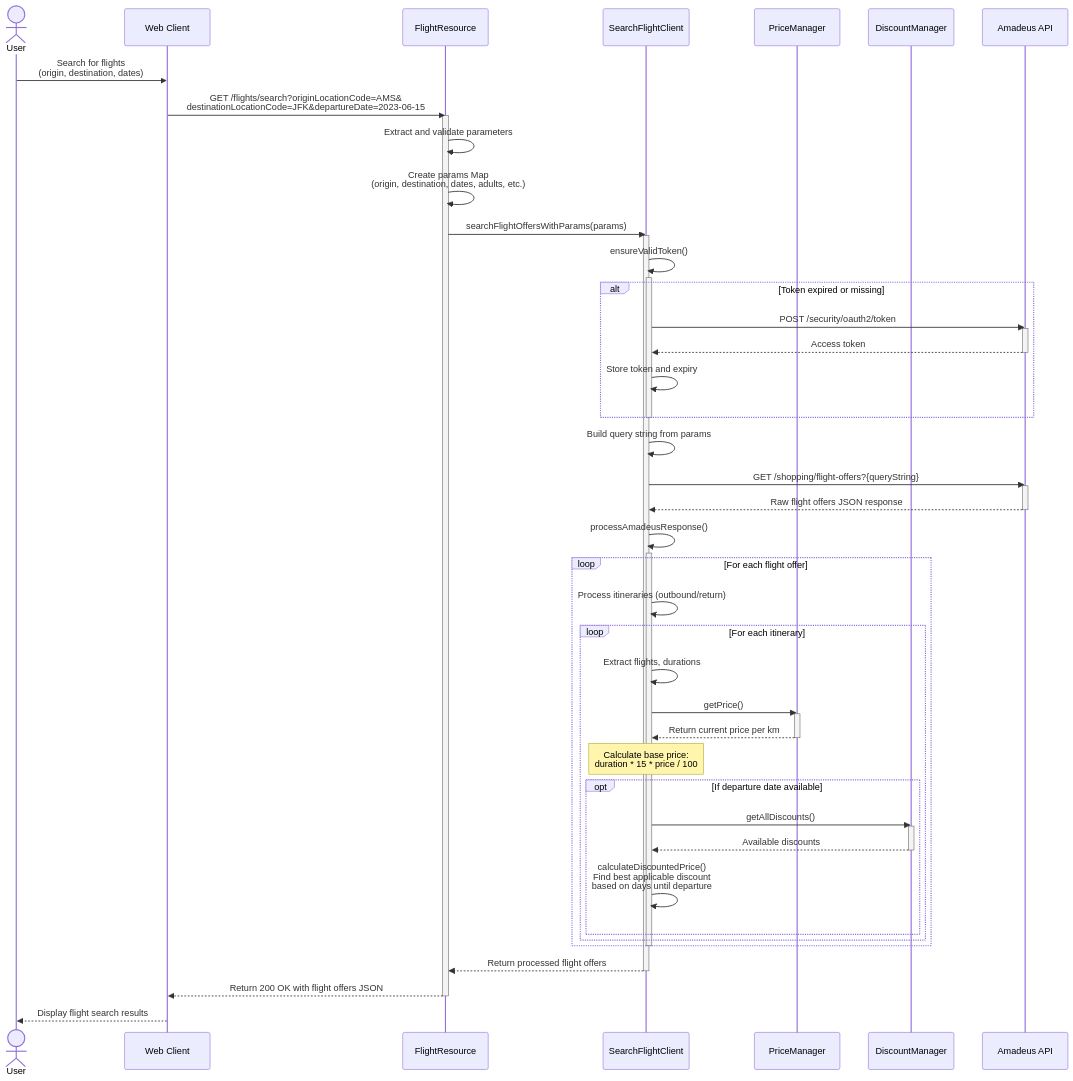
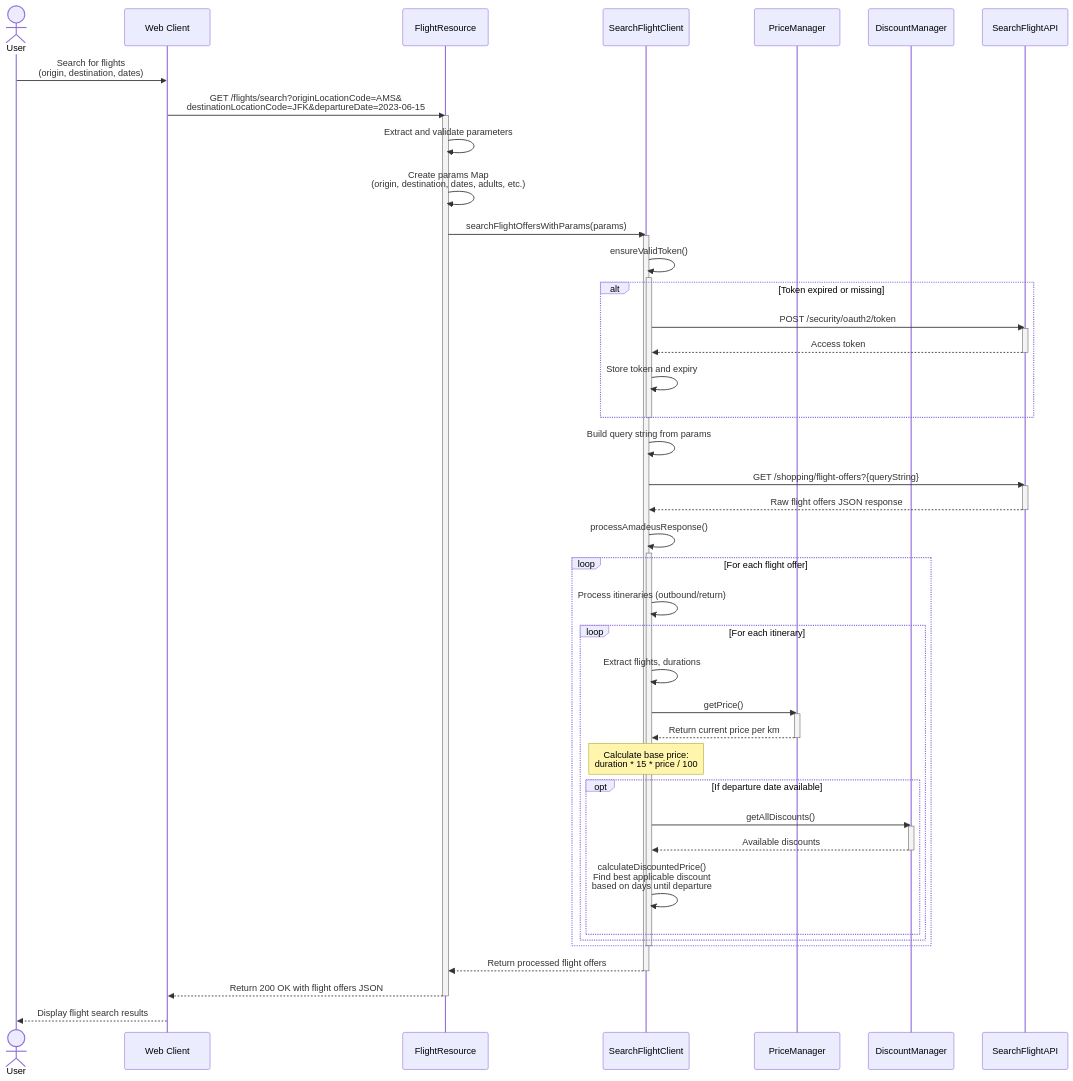
The diagram in design/sequenceDiagrams/searchFlightsSequenceDiagram.md (Leonardo-Notargiacomo/SkyVoyage), drawn with Mermaid before and after one commit. The commit also changed other lines of this file, not shown here.

````diff
--- a/design/sequenceDiagrams/searchFlightsSequenceDiagram.md
+++ b/design/sequenceDiagrams/searchFlightsSequenceDiagram.md
@@ -5,79 +5,79 @@
 ```mermaid
 sequenceDiagram
     actor User
     participant WebClient as Web Client
     participant FlightResource as FlightResource
     participant SearchFlightClient as SearchFlightClient
     participant PriceManager as PriceManager
     participant DiscountManager as DiscountManager
-    participant SearchFlightAPI as Amadeus API
+    participant SearchFlightAPI as SearchFlightAPI
     
     User ->> WebClient: Search for flights<br>(origin, destination, dates)
     WebClient ->> FlightResource: GET /flights/search?originLocationCode=AMS&<br>destinationLocationCode=JFK&departureDate=2023-06-15
     activate FlightResource
     
     FlightResource ->> FlightResource: Extract and validate parameters
     
     FlightResource ->> FlightResource: Create params Map<br>(origin, destination, dates, adults, etc.)
     
     FlightResource ->> SearchFlightClient: searchFlightOffersWithParams(params)
     activate SearchFlightClient
     
     SearchFlightClient ->> SearchFlightClient: ensureValidToken()
     activate SearchFlightClient
     
     alt Token expired or missing
         SearchFlightClient ->> SearchFlightAPI: POST /security/oauth2/token
         activate SearchFlightAPI
         SearchFlightAPI -->> SearchFlightClient: Access token
         deactivate SearchFlightAPI
         SearchFlightClient ->> SearchFlightClient: Store token and expiry
     end
     
     deactivate SearchFlightClient
     
     SearchFlightClient ->> SearchFlightClient: Build query string from params
     
     SearchFlightClient ->> SearchFlightAPI: GET /shopping/flight-offers?{queryString}
     activate SearchFlightAPI
     
     SearchFlightAPI -->> SearchFlightClient: Raw flight offers JSON response
     deactivate SearchFlightAPI
     
     SearchFlightClient ->> SearchFlightClient: processAmadeusResponse()
     activate SearchFlightClient
     
     loop For each flight offer
         SearchFlightClient ->> SearchFlightClient: Process itineraries (outbound/return)
         
         loop For each itinerary
             SearchFlightClient ->> SearchFlightClient: Extract flights, durations
             
             SearchFlightClient ->> PriceManager: getPrice()
             activate PriceManager
             PriceManager -->> SearchFlightClient: Return current price per km
             deactivate PriceManager
             
             Note over SearchFlightClient: Calculate base price:<br>duration * 15 * price / 100
             
             opt If departure date available
                 SearchFlightClient ->> DiscountManager: getAllDiscounts()
                 activate DiscountManager
                 DiscountManager -->> SearchFlightClient: Available discounts
                 deactivate DiscountManager
                 
                 SearchFlightClient ->> SearchFlightClient: calculateDiscountedPrice()<br>Find best applicable discount<br>based on days until departure
             end
         end
     end
     
     deactivate SearchFlightClient
     
     SearchFlightClient -->> FlightResource: Return processed flight offers
     deactivate SearchFlightClient
     
     FlightResource -->> WebClient: Return 200 OK with flight offers JSON
     deactivate FlightResource
     
     WebClient -->> User: Display flight search results
 ```
````
